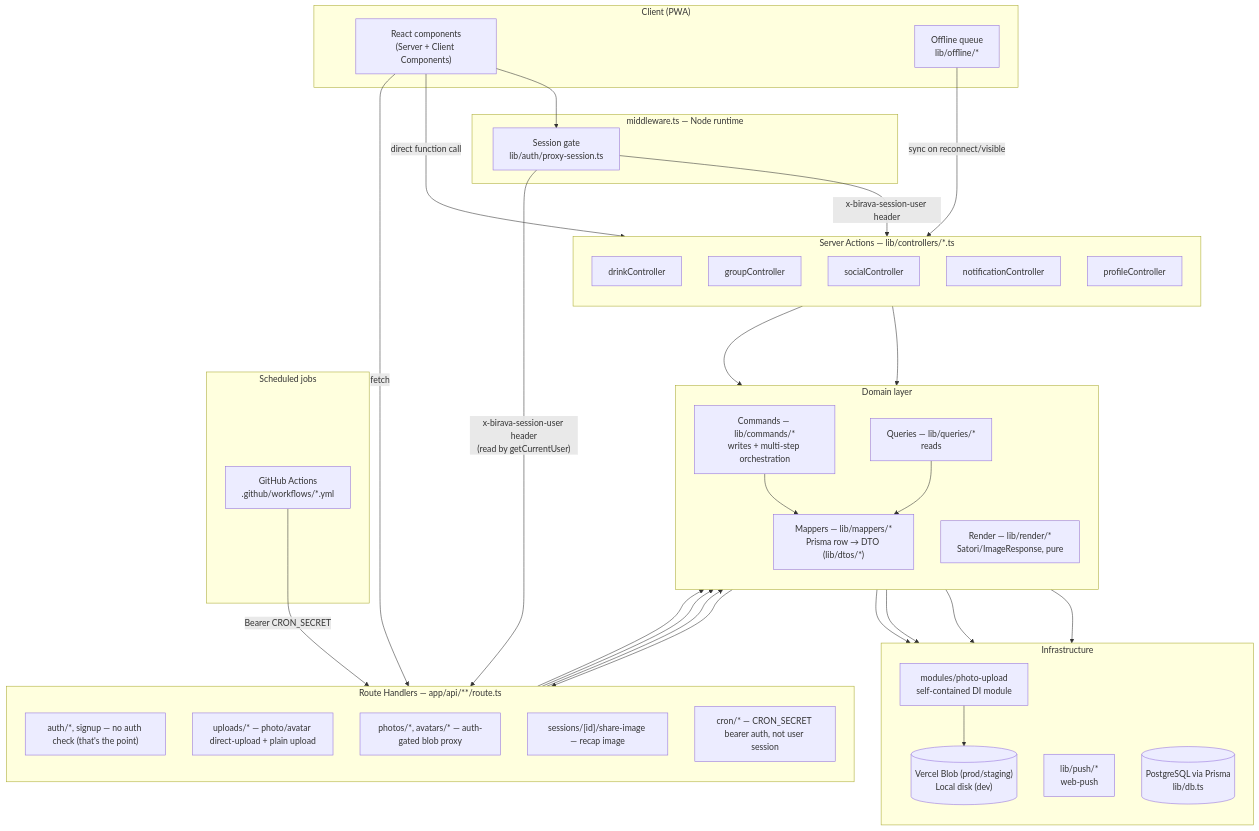
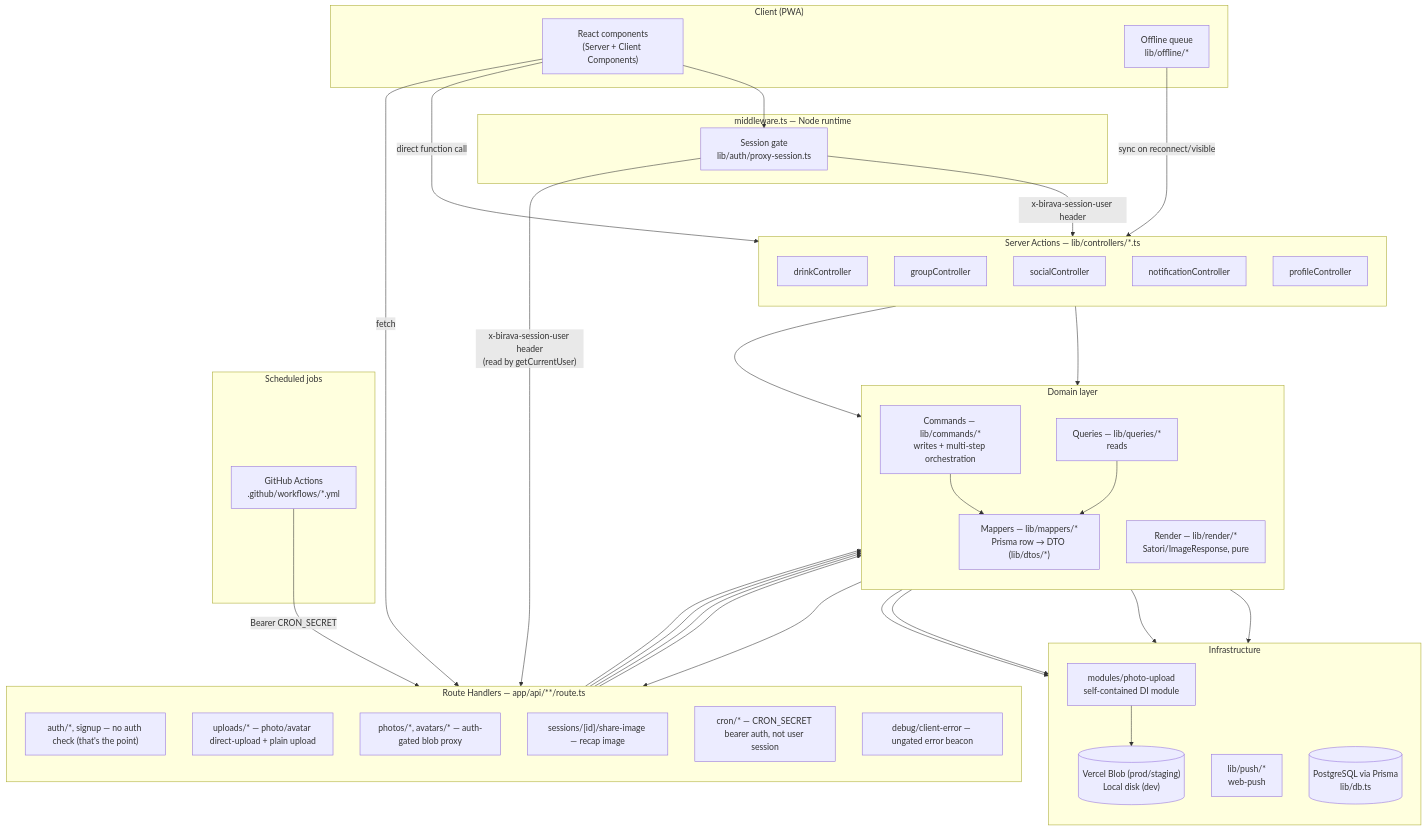
One commit to nielsvantslot/Birava changed the first of 3 diagrams in docs/architecture.md. Above: the diagram before and after it, drawn with Mermaid. The commit also changed other lines of this file and 13 other files, not shown here.

First line of the commit message:
Add permanent client-side error logging

````diff
--- a/docs/architecture.md
+++ b/docs/architecture.md
@@ -9,71 +9,73 @@
 ```mermaid
 flowchart TB
     subgraph Client["Client (PWA)"]
         UI["React components<br/>(Server + Client Components)"]
         Offline["Offline queue<br/>lib/offline/*"]
     end
 
     subgraph Edge["middleware.ts — Node runtime"]
         MW["Session gate<br/>lib/auth/proxy-session.ts"]
     end
 
     UI -->|fetch| Routes
     UI -->|direct function call| Actions
     Offline -->|sync on reconnect/visible| Actions
     UI --> MW
     MW -->|"x-birava-session-user header<br/>(read by getCurrentUser)"| Routes
     MW -->|"x-birava-session-user header"| Actions
 
     subgraph Routes["Route Handlers — app/api/**/route.ts"]
         direction TB
         R1["auth/*, signup — no auth check (that's the point)"]
         R2["uploads/* — photo/avatar direct-upload + plain upload"]
         R3["photos/*, avatars/* — auth-gated blob proxy"]
         R4["sessions/[id]/share-image — recap image"]
         R5["cron/* — CRON_SECRET bearer auth, not user session"]
+        R6["debug/client-error — ungated error beacon"]
     end
 
     subgraph Actions["Server Actions — lib/controllers/*.ts"]
         direction TB
         A1[drinkController]
         A2[groupController]
         A3[socialController]
         A4[notificationController]
         A5[profileController]
     end
 
     subgraph Domain["Domain layer"]
         direction TB
         Commands["Commands — lib/commands/*<br/>writes + multi-step orchestration"]
         Queries["Queries — lib/queries/*<br/>reads"]
         Mappers["Mappers — lib/mappers/*<br/>Prisma row → DTO (lib/dtos/*)"]
         Render["Render — lib/render/*<br/>Satori/ImageResponse, pure"]
     end
 
     subgraph Infra["Infrastructure"]
         direction TB
         PhotoModule["modules/photo-upload<br/>self-contained DI module"]
         PushLib["lib/push/*<br/>web-push"]
         DB[("PostgreSQL via Prisma<br/>lib/db.ts")]
         Blob[("Vercel Blob (prod/staging)<br/>Local disk (dev)")]
     end
 
     Routes --> Commands
     Routes --> Queries
     Routes --> Render
+    R6 --> Commands
     Actions --> Commands
     Actions --> Queries
     Commands --> Mappers
     Queries --> Mappers
     Commands --> DB
     Queries --> DB
     Commands --> PhotoModule
     Commands --> PushLib
     PhotoModule --> Blob
     Render --> Routes
 
     subgraph Scheduled["Scheduled jobs"]
         GHA["GitHub Actions<br/>.github/workflows/*.yml"]
     end
     GHA -->|"Bearer CRON_SECRET"| R5
 ```
````
